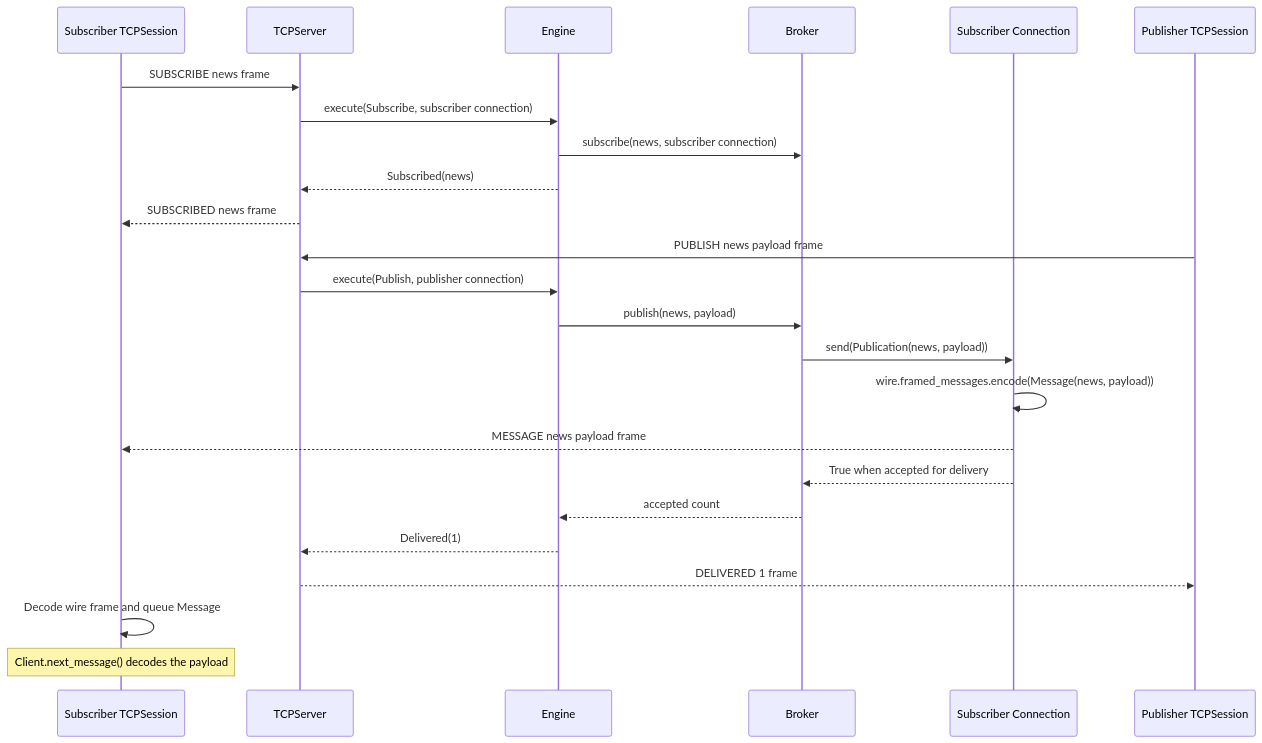
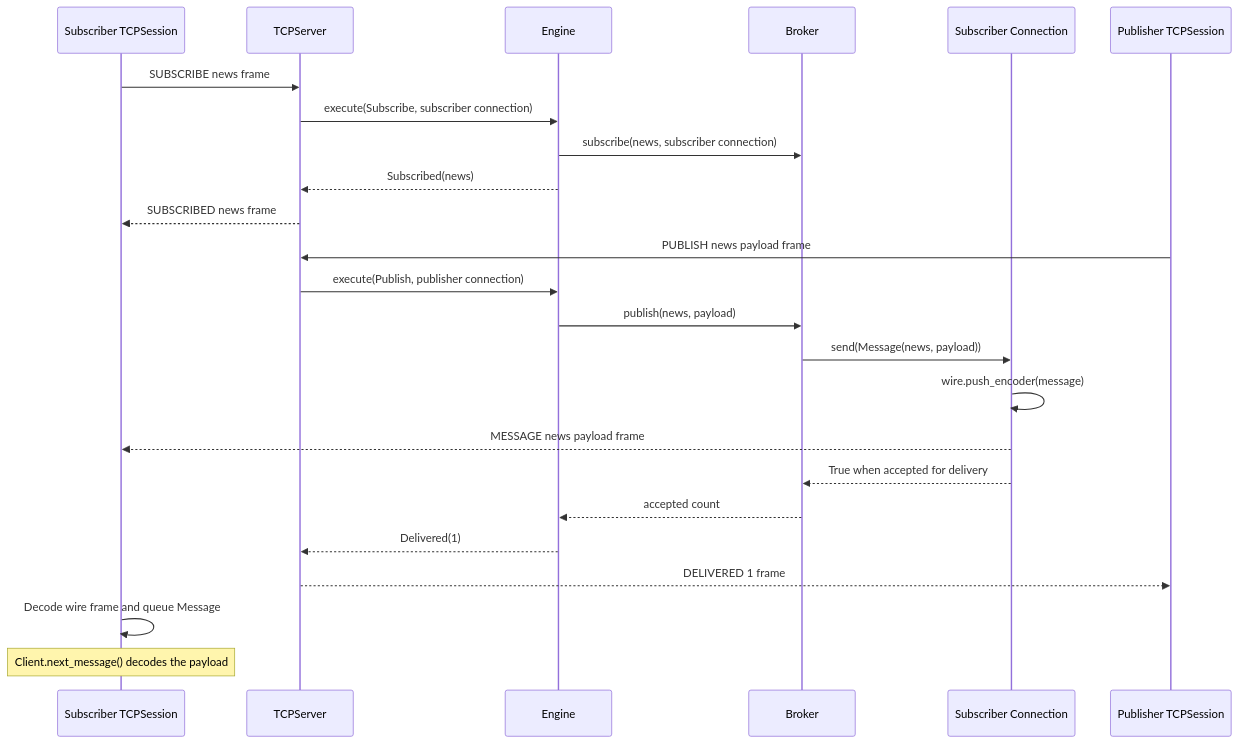
One commit to gchape/velis changed the third of 6 diagrams in README.md. Above: the diagram before and after it, drawn with Mermaid. The commit also changed other lines of this file and 1 other file, not shown here.

````diff
--- a/README.md
+++ b/README.md
@@ -227,28 +226,28 @@
 ```mermaid
 sequenceDiagram
     participant A as Subscriber TCPSession
     participant S as TCPServer
     participant E as Engine
     participant B as Broker
     participant N as Subscriber Connection
     participant P as Publisher TCPSession
 
     A->>S: SUBSCRIBE news frame
     S->>E: execute(Subscribe, subscriber connection)
     E->>B: subscribe(news, subscriber connection)
     E-->>S: Subscribed(news)
     S-->>A: SUBSCRIBED news frame
 
     P->>S: PUBLISH news payload frame
     S->>E: execute(Publish, publisher connection)
     E->>B: publish(news, payload)
-    B->>N: send(Publication(news, payload))
-    N->>N: wire.framed_messages.encode(Message(news, payload))
+    B->>N: send(Message(news, payload))
+    N->>N: wire.push_encoder(message)
     N-->>A: MESSAGE news payload frame
     N-->>B: True when accepted for delivery
     B-->>E: accepted count
     E-->>S: Delivered(1)
     S-->>P: DELIVERED 1 frame
     A->>A: Decode wire frame and queue Message
     Note over A: Client.next_message() decodes the payload
 ```
````
